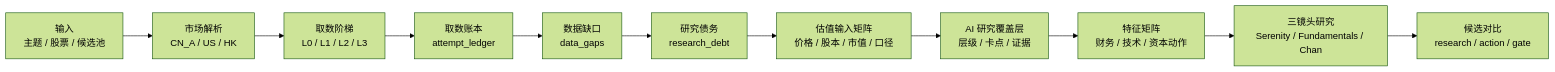
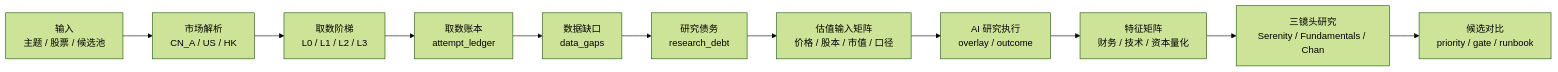
The first of 2 diagrams in README.md (lucisxu6-cpu/serenity-chan), drawn with Mermaid (forest theme) before and after one commit. The commit also changed other lines of this file and 29 other files, not shown here.

````diff
--- a/README.md
+++ b/README.md
@@ -23,13 +24,13 @@
 ```mermaid
 flowchart LR
   A["输入<br/>主题 / 股票 / 候选池"] --> B["市场解析<br/>CN_A / US / HK"]
   B --> C["取数阶梯<br/>L0 / L1 / L2 / L3"]
   C --> D["取数账本<br/>attempt_ledger"]
   D --> E["数据缺口<br/>data_gaps"]
   E --> F["研究债务<br/>research_debt"]
   F --> G["估值输入矩阵<br/>价格 / 股本 / 市值 / 口径"]
-  G --> H["AI 研究覆盖层<br/>层级 / 卡点 / 证据"]
-  H --> I["特征矩阵<br/>财务 / 技术 / 资本动作"]
+  G --> H["AI 研究执行<br/>overlay / outcome"]
+  H --> I["特征矩阵<br/>财务 / 技术 / 资本量化"]
   I --> J["三镜头研究<br/>Serenity / Fundamentals / Chan"]
-  J --> K["候选对比<br/>research / action / gate"]
+  J --> K["候选对比<br/>priority / gate / runbook"]
 ```
````
